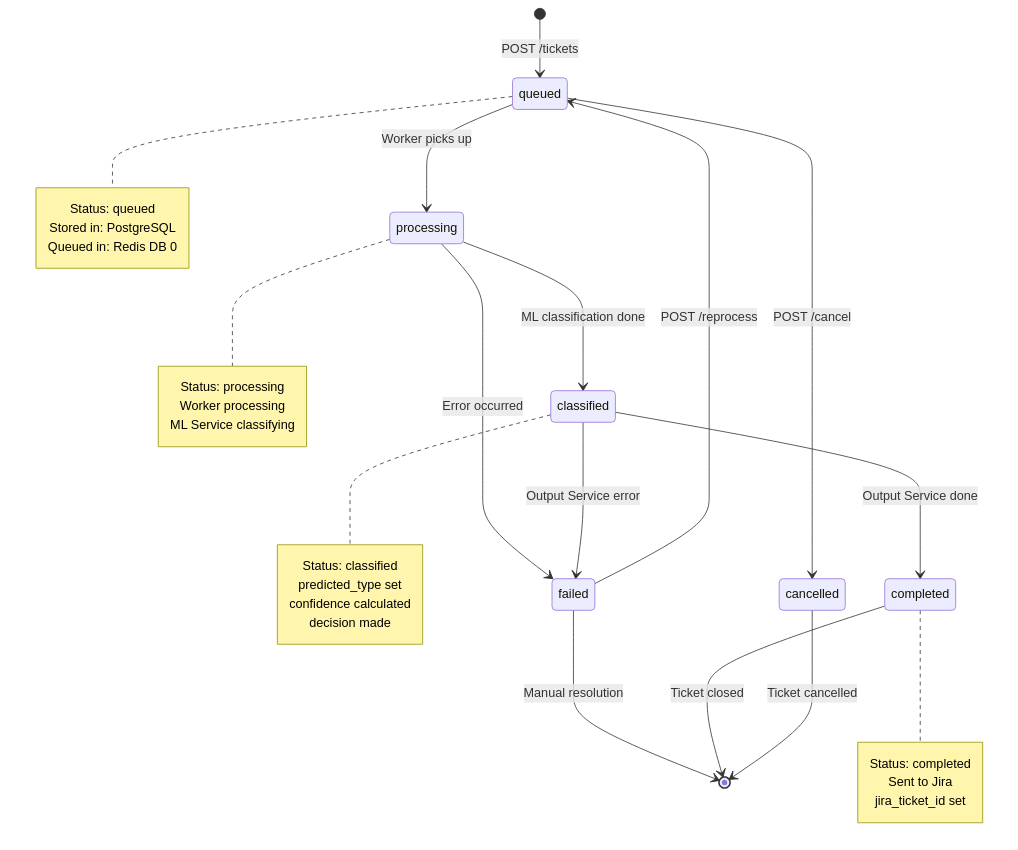
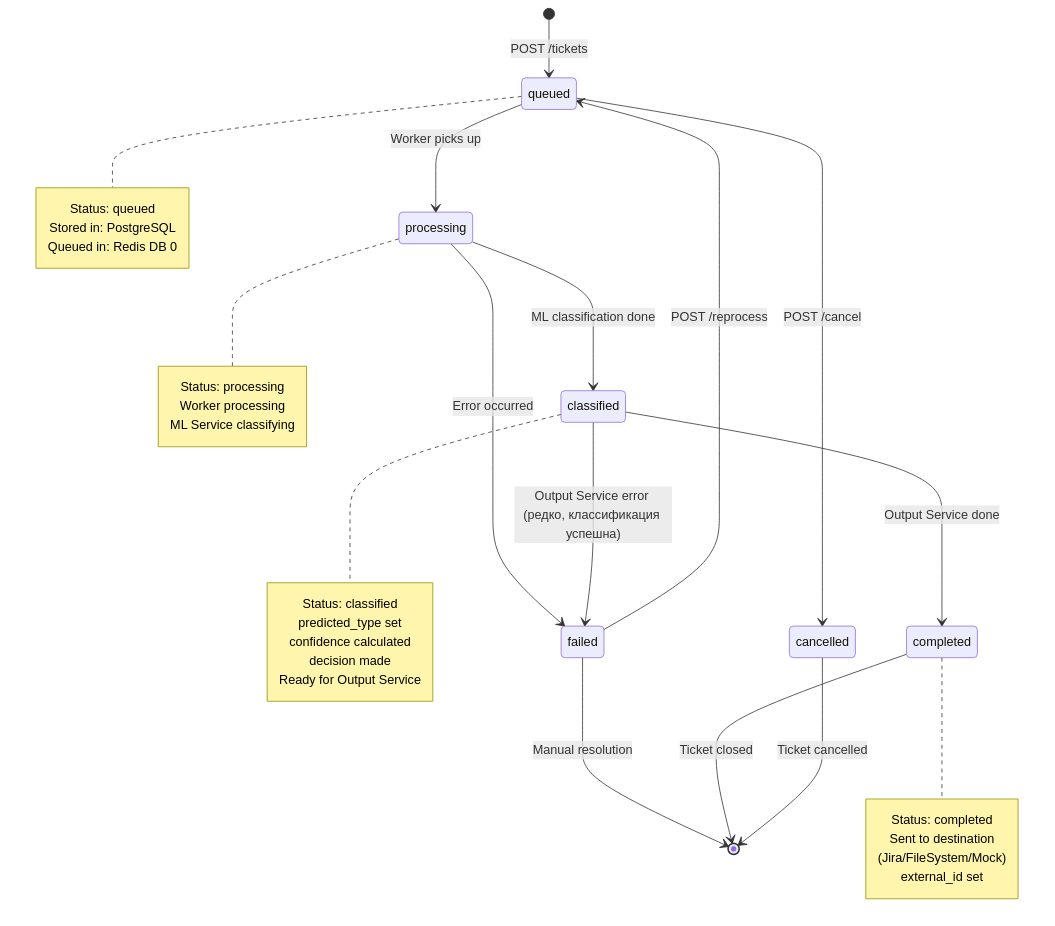
Before and after one commit to JungleAll/service-desk-classifier: the sixth of 6 diagrams in ARCHITECTURE.md, drawn with Mermaid. The commit also changed other lines of this file and 38 other files, not shown here.

````diff
--- a/ARCHITECTURE.md
+++ b/ARCHITECTURE.md
@@ -364,44 +364,46 @@
 ```mermaid
 stateDiagram-v2
     [*] --> queued: POST /tickets
     
     queued --> processing: Worker picks up
     queued --> cancelled: POST /cancel
     
     processing --> classified: ML classification done
     processing --> failed: Error occurred
     
     classified --> completed: Output Service done
-    classified --> failed: Output Service error
+    classified --> failed: Output Service error (редко, классификация успешна)
     
     failed --> queued: POST /reprocess
     failed --> [*]: Manual resolution
     
     completed --> [*]: Ticket closed
     cancelled --> [*]: Ticket cancelled
     
     note right of queued
         Status: queued
         Stored in: PostgreSQL
         Queued in: Redis DB 0
     end note
     
     note right of processing
         Status: processing
         Worker processing
         ML Service classifying
     end note
     
     note right of classified
         Status: classified
         predicted_type set
         confidence calculated
         decision made
+        Ready for Output Service
     end note
     
     note right of completed
         Status: completed
-        Sent to Jira
-        jira_ticket_id set
+        Sent to destination
+        (Jira/FileSystem/Mock)
+        external_id set
     end note
 ```
````
